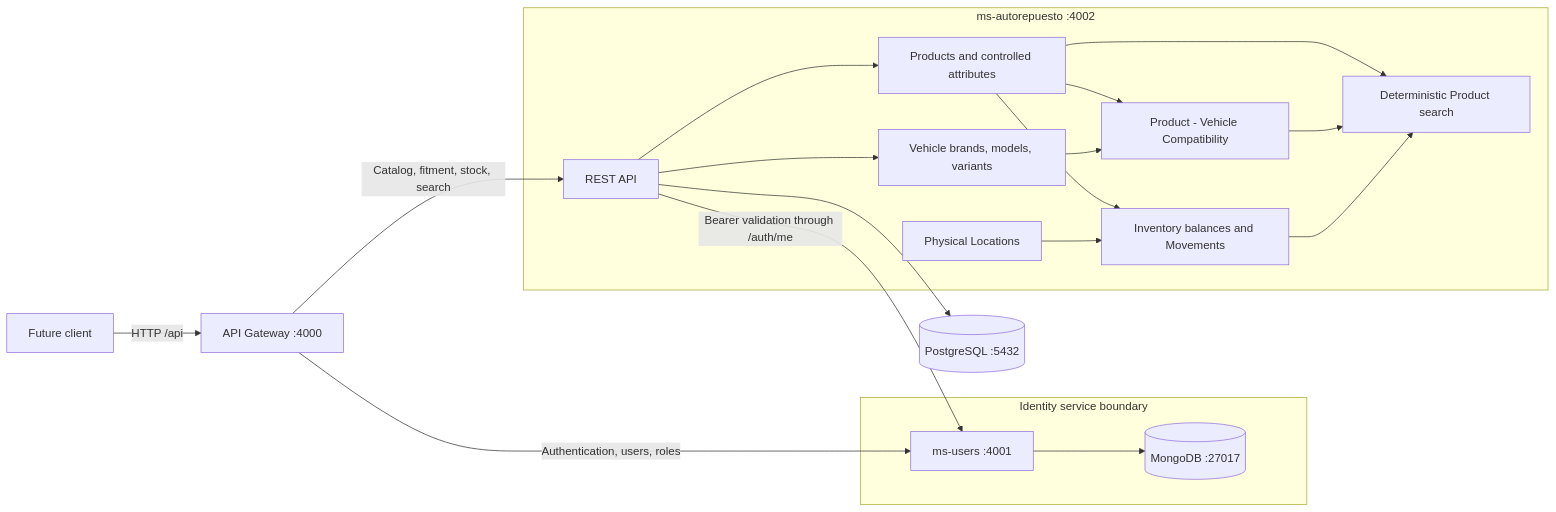
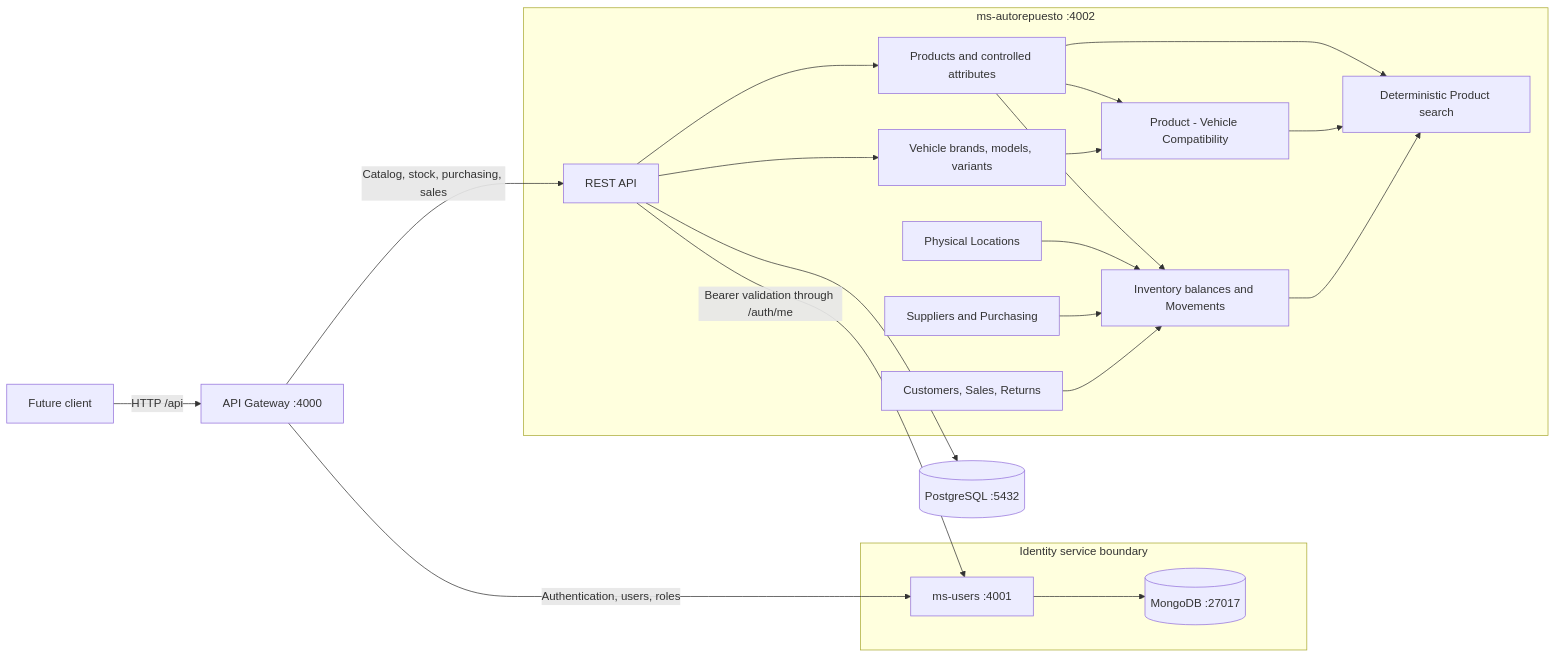
One commit to DavidRivas10/Biela-ERP changed the diagram in docs/backend-mvp.md. Above: the diagram before and after it, drawn with Mermaid. The commit also changed other lines of this file and 37 other files, not shown here.

Commit message:
feat: complete BIELA backend phase 6 customers and sales

````diff
--- a/docs/backend-mvp.md
+++ b/docs/backend-mvp.md
@@ -9,34 +9,38 @@
 ```mermaid
 flowchart LR
     Client[Future client] -->|HTTP /api| Gateway[API Gateway :4000]
 
     Gateway -->|Authentication, users, roles| Users[ms-users :4001]
-    Gateway -->|Catalog, fitment, stock, search| Auto
+    Gateway -->|Catalog, stock, purchasing, sales| Auto
 
     subgraph Identity[Identity service boundary]
         Users --> Mongo[(MongoDB :27017)]
     end
 
     subgraph Automotive[ms-autorepuesto :4002]
         Auto[REST API]
         Catalog[Products and controlled attributes]
         Vehicles[Vehicle brands, models, variants]
         Fitment[Product - Vehicle Compatibility]
         Locations[Physical Locations]
         Inventory[Inventory balances and Movements]
         Search[Deterministic Product search]
+        Purchasing[Suppliers and Purchasing]
+        Sales[Customers, Sales, Returns]
 
         Auto --> Catalog
         Auto --> Vehicles
         Catalog --> Fitment
         Vehicles --> Fitment
         Catalog --> Inventory
         Locations --> Inventory
         Catalog --> Search
         Fitment --> Search
         Inventory --> Search
+        Purchasing --> Inventory
+        Sales --> Inventory
     end
 
     Auto --> Postgres[(PostgreSQL :5432)]
     Auto -->|Bearer validation through /auth/me| Users
 ```
````
